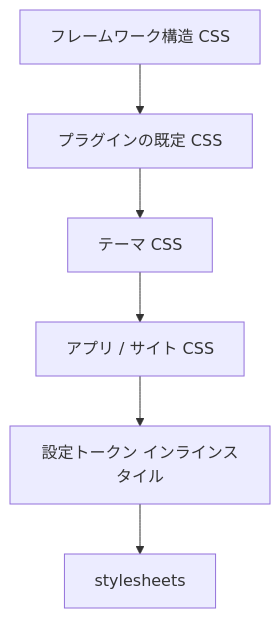
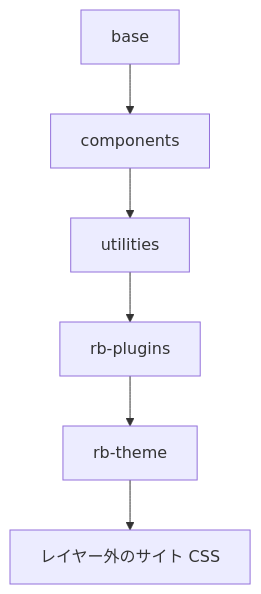
The diagram in docs/docs/glossary/css-contract.ja.md (Rerurate514/riebeckite), drawn with Mermaid before and after one commit. The commit also changed other lines of this file and 18 other files, not shown here.

````diff
--- a/docs/docs/glossary/css-contract.ja.md
+++ b/docs/docs/glossary/css-contract.ja.md
@@ -20,14 +20,14 @@
 ```mermaid
 flowchart TD
-  Framework[フレームワーク構造 CSS]
-  Plugin[プラグインの既定 CSS]
-  Theme[テーマ CSS]
-  App[アプリ / サイト CSS]
-  Token[設定トークン インラインスタイル]
-  User[stylesheets]
-  Framework --> Plugin
-  Plugin --> Theme
-  Theme --> App
-  App --> Token
-  Token --> User
+  Base[base]
+  Components[components]
+  Utilities[utilities]
+  Plugins[rb-plugins]
+  Theme[rb-theme]
+  Site[レイヤー外のサイト CSS]
+  Base --> Components
+  Components --> Utilities
+  Utilities --> Plugins
+  Plugins --> Theme
+  Theme --> Site
 ```
````
